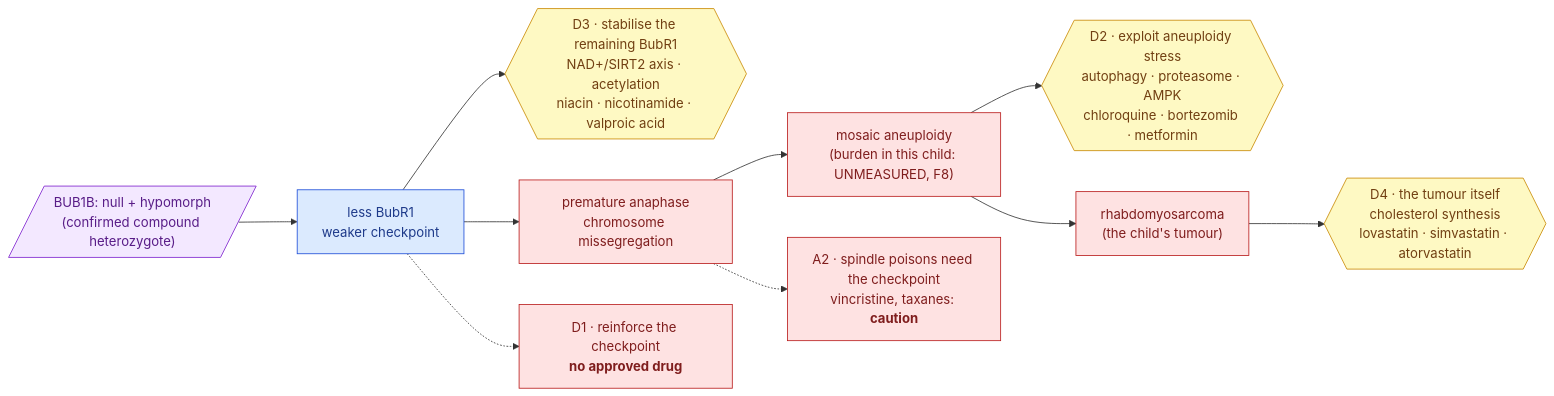
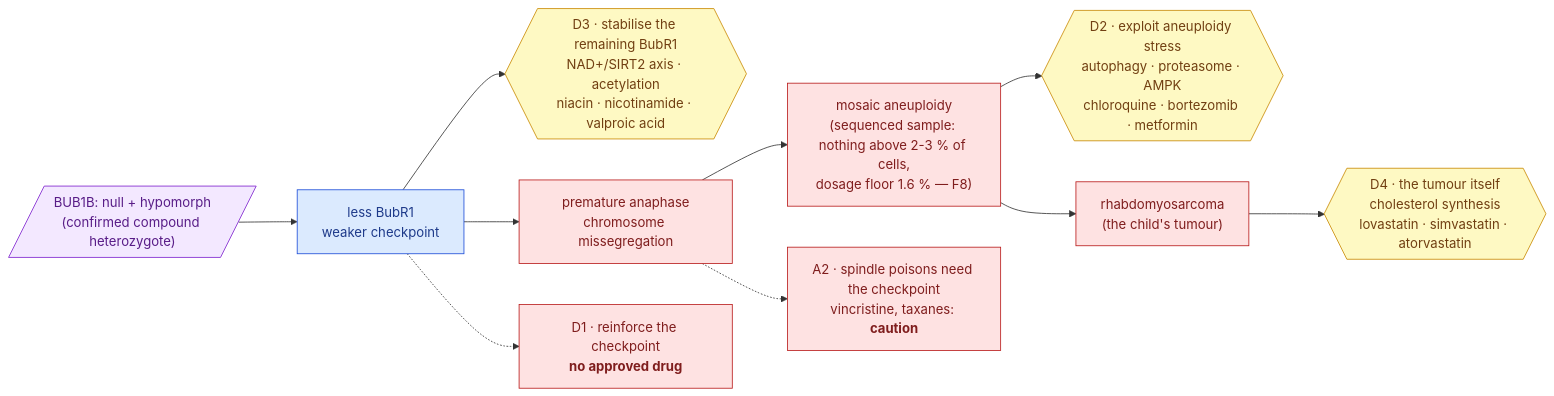
One commit to agharsallah/mva-hackathon changed the diagram in docs/iteration2/step-7/README.md. Above: the diagram before and after it, drawn with Mermaid. The commit also changed other lines of this file, not shown here.

````diff
--- a/docs/iteration2/step-7/README.md
+++ b/docs/iteration2/step-7/README.md
@@ -101,16 +105,16 @@
 ```mermaid
 flowchart LR
   A[/"BUB1B: null + hypomorph<br/>(confirmed compound heterozygote)"/]:::raw --> B["less BubR1<br/>weaker checkpoint"]:::machine
   B --> C{{"D3 · stabilise the remaining BubR1<br/>NAD+/SIRT2 axis · acetylation<br/>niacin · nicotinamide · valproic acid"}}:::decide
   B --> D["premature anaphase<br/>chromosome missegregation"]:::bad
-  D --> E["mosaic aneuploidy<br/>(burden in this child: UNMEASURED, F8)"]:::bad
+  D --> E["mosaic aneuploidy<br/>(sequenced sample: nothing above 2-3 % of cells,<br/>dosage floor 1.6 % — F8)"]:::bad
   E --> F{{"D2 · exploit aneuploidy stress<br/>autophagy · proteasome · AMPK<br/>chloroquine · bortezomib · metformin"}}:::decide
   E --> G["rhabdomyosarcoma<br/>(the child's tumour)"]:::bad
   G --> H{{"D4 · the tumour itself<br/>cholesterol synthesis<br/>lovastatin · simvastatin · atorvastatin"}}:::decide
   B -.-> X["D1 · reinforce the checkpoint<br/><b>no approved drug</b>"]:::bad
   D -.-> Y["A2 · spindle poisons need the checkpoint<br/>vincristine, taxanes: <b>caution</b>"]:::bad
   classDef raw fill:#f3e8ff,stroke:#7e22ce,color:#581c87
   classDef machine fill:#dbeafe,stroke:#1d4ed8,color:#1e3a8a
   classDef decide fill:#fef9c3,stroke:#ca8a04,color:#713f12
   classDef bad fill:#fee2e2,stroke:#b91c1c,color:#7f1d1d
 ```
````
